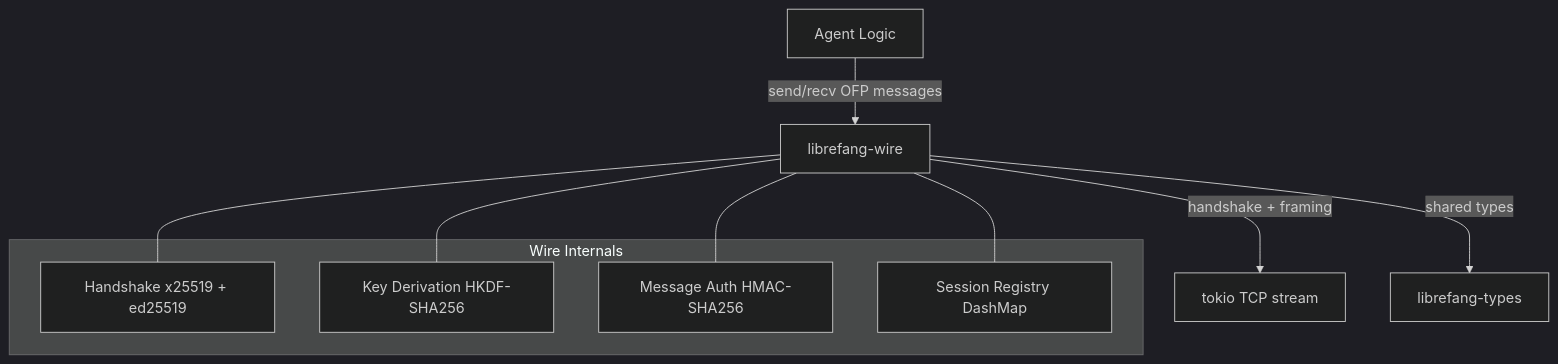
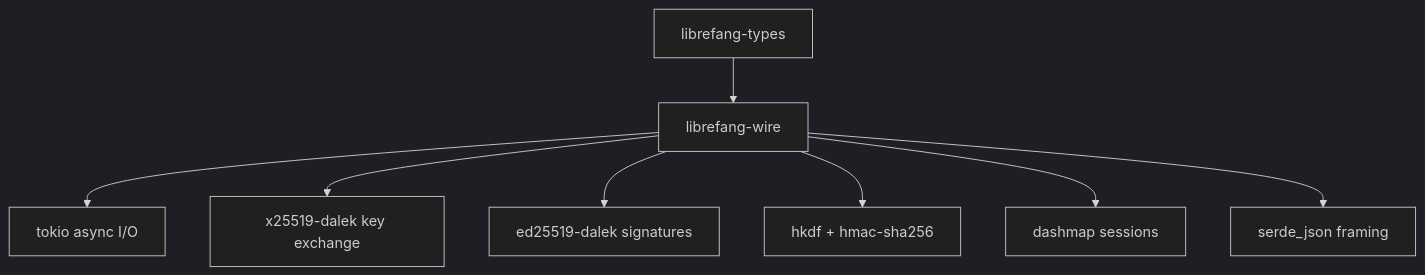
Before and after one commit to leszek3737/librefang-WIki: the diagram in other-librefang-wire.md, drawn with Mermaid (dark theme). The commit also changed other lines of this file and 122 other files, not shown here.

````diff
--- a/other-librefang-wire.md
+++ b/other-librefang-wire.md
@@ -20,18 +49,10 @@
 ```mermaid
-flowchart TD
-    A[Agent Logic] -->|send/recv OFP messages| W[librefang-wire]
-    W -->|handshake + framing| T[tokio TCP stream]
-    W -->|shared types| TY[librefang-types]
-
-    subgraph Wire Internals
-        HS[Handshake x25519 + ed25519]
-        KD[Key Derivation HKDF-SHA256]
-        MA[Message Auth HMAC-SHA256]
-        SR[Session Registry DashMap]
-    end
-
-    W --- HS
-    W --- KD
-    W --- MA
-    W --- SR
+graph TD
+    A[librefang-types] --> B[librefang-wire]
+    B --> C[tokio async I/O]
+    B --> D[x25519-dalek key exchange]
+    B --> E[ed25519-dalek signatures]
+    B --> F[hkdf + hmac-sha256]
+    B --> G[dashmap sessions]
+    B --> H[serde_json framing]
 ```
````
